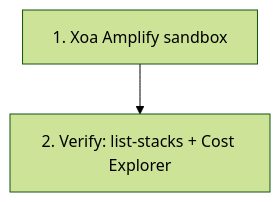
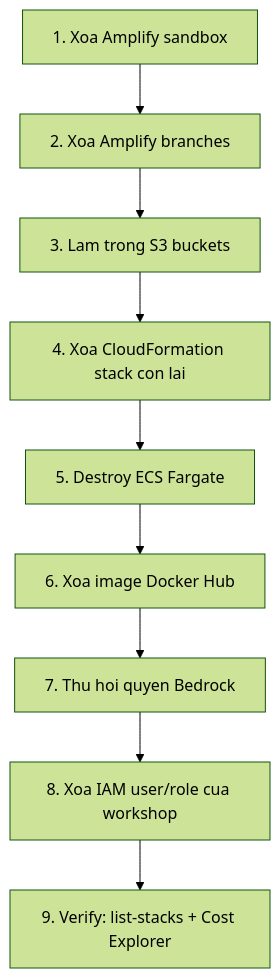
Before and after one commit to KhaiND1221/FCAJ-intership-report: the diagram in content/workshop/4.10-Cleanup/index.vi.md, drawn with Mermaid (forest theme). The commit also changed other lines of this file and 1 other file, not shown here.

Commit message:
Sync workshop 4.10-Cleanup from hei-FCAJ-intership-report

````diff
--- a/content/workshop/4.10-Cleanup/index.vi.md
+++ b/content/workshop/4.10-Cleanup/index.vi.md
@@ -7,4 +7,11 @@
 ```mermaid
 flowchart TD
-  A[1. Xoa Amplify sandbox] --> I[2. Verify: list-stacks + Cost Explorer]
+  A[1. Xoa Amplify sandbox] --> B[2. Xoa Amplify branches]
+  B --> C[3. Lam trong S3 buckets]
+  C --> D[4. Xoa CloudFormation stack con lai]
+  D --> E[5. Destroy ECS Fargate]
+  E --> F[6. Xoa image Docker Hub]
+  F --> G[7. Thu hoi quyen Bedrock]
+  G --> H[8. Xoa IAM user/role cua workshop]
+  H --> I[9. Verify: list-stacks + Cost Explorer]
 ```
````
